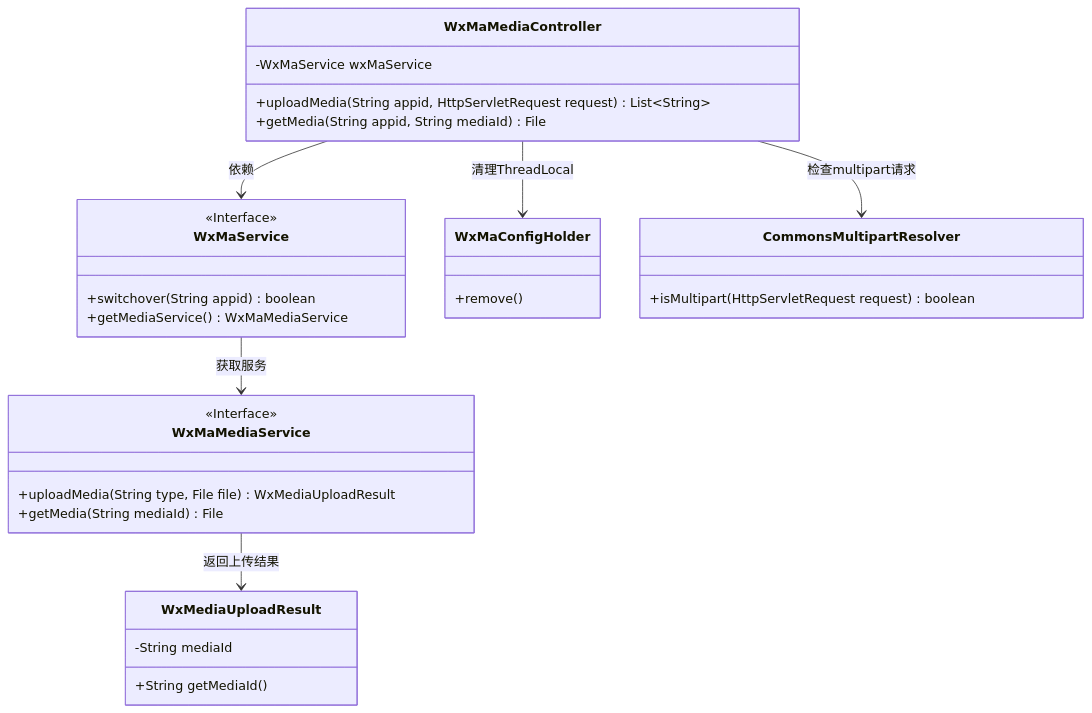
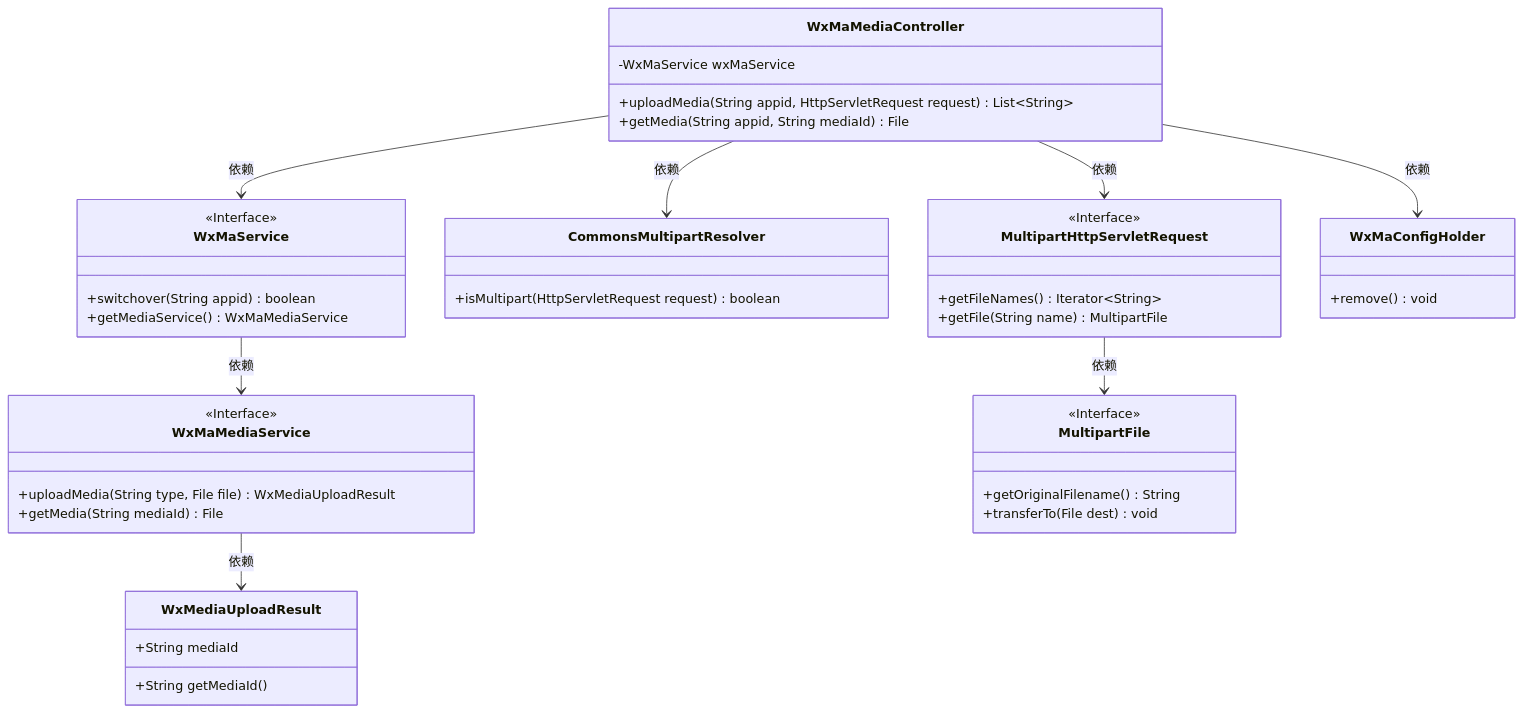
The first of 3 diagrams in docs/zh/docs/src/main/java/com/github/binarywang/demo/wx/miniapp/controller/WxMaMediaController.md (v-wjrong/rongwj666_weixin-java-miniapp-demo), drawn with Mermaid before and after one commit. The commit also changed other lines of this file and 47 other files, not shown here.

````diff
--- a/docs/zh/docs/src/main/java/com/github/binarywang/demo/wx/miniapp/controller/WxMaMediaController.md
+++ b/docs/zh/docs/src/main/java/com/github/binarywang/demo/wx/miniapp/controller/WxMaMediaController.md
@@ -36,39 +36,53 @@
 ```mermaid
 classDiagram
     class WxMaMediaController {
         -WxMaService wxMaService
         +uploadMedia(String appid, HttpServletRequest request) List~String~
         +getMedia(String appid, String mediaId) File
     }
 
     class WxMaService {
         <<Interface>>
         +switchover(String appid) boolean
         +getMediaService() WxMaMediaService
     }
 
     class WxMaMediaService {
         <<Interface>>
         +uploadMedia(String type, File file) WxMediaUploadResult
         +getMedia(String mediaId) File
     }
 
     class WxMediaUploadResult {
-        -String mediaId
+        +String mediaId
         +String getMediaId()
-    }
-
-    class WxMaConfigHolder {
-        +remove()
     }
 
     class CommonsMultipartResolver {
         +isMultipart(HttpServletRequest request) boolean
     }
 
+    class MultipartHttpServletRequest {
+        <<Interface>>
+        +getFileNames() Iterator~String~
+        +getFile(String name) MultipartFile
+    }
+
+    class MultipartFile {
+        <<Interface>>
+        +getOriginalFilename() String
+        +transferTo(File dest) void
+    }
+
+    class WxMaConfigHolder {
+        +remove() void
+    }
+
     WxMaMediaController --> WxMaService : 依赖
-    WxMaMediaController --> WxMaConfigHolder : 清理ThreadLocal
-    WxMaMediaController --> CommonsMultipartResolver : 检查multipart请求
-    WxMaService --> WxMaMediaService : 获取服务
-    WxMaMediaService --> WxMediaUploadResult : 返回上传结果
+    WxMaMediaController --> CommonsMultipartResolver : 依赖
+    WxMaMediaController --> MultipartHttpServletRequest : 依赖
+    WxMaMediaController --> WxMaConfigHolder : 依赖
+    WxMaService --> WxMaMediaService : 依赖
+    WxMaMediaService --> WxMediaUploadResult : 依赖
+    MultipartHttpServletRequest --> MultipartFile : 依赖
 ```
````
